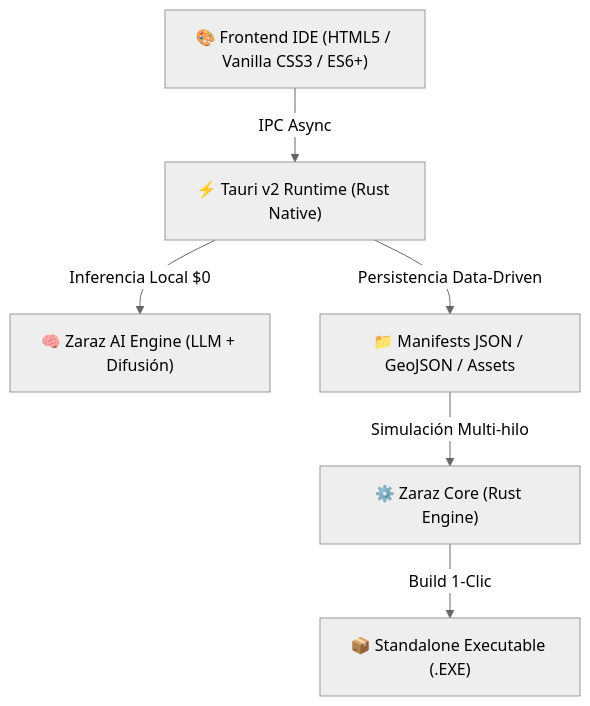
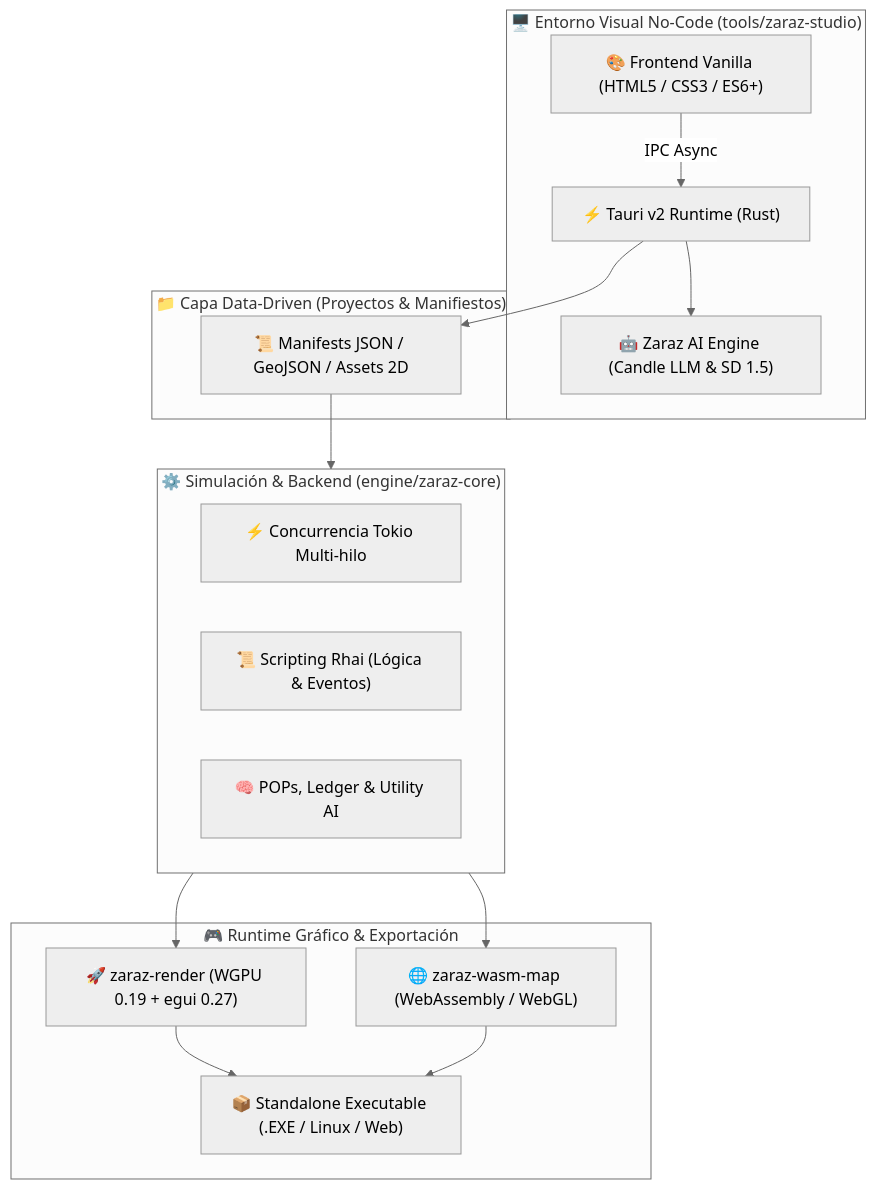
One commit to yeib/ZarazMaker changed the second of 2 diagrams in README.md. Above: the diagram before and after it, drawn with Mermaid (neutral theme). The commit also changed other lines of this file, not shown here.

Commit message:
docs: actualizar stack tecnológico completo (WGPU, egui, WebAssembly, Rhai, Tauri v2)

````diff
--- a/README.md
+++ b/README.md
@@ -66,8 +68,30 @@
 ```mermaid
 graph TD
-    A["🎨 Frontend IDE (HTML5 / Vanilla CSS3 / ES6+)"] -->|IPC Async| B["⚡ Tauri v2 Runtime (Rust Native)"]
-    B -->|Inferencia Local $0| F["🧠 Zaraz AI Engine (LLM + Difusión)"]
-    B -->|Persistencia Data-Driven| C["📁 Manifests JSON / GeoJSON / Assets"]
-    C -->|Simulación Multi-hilo| D["⚙️ Zaraz Core (Rust Engine)"]
-    D -->|Build 1-Clic| E["📦 Standalone Executable (.EXE)"]
+    subgraph IDE ["🖥️ Entorno Visual No-Code (tools/zaraz-studio)"]
+        UI["🎨 Frontend Vanilla (HTML5 / CSS3 / ES6+)"] -->|IPC Async| Tauri["⚡ Tauri v2 Runtime (Rust)"]
+        Tauri --> AI["🤖 Zaraz AI Engine (Candle LLM & SD 1.5)"]
+    end
+
+    subgraph Data ["📁 Capa Data-Driven (Proyectos & Manifiestos)"]
+        Manifests["📜 Manifests JSON / GeoJSON / Assets 2D"]
+    end
+
+    subgraph Core ["⚙️ Simulación & Backend (engine/zaraz-core)"]
+        Tokio["⚡ Concurrencia Tokio Multi-hilo"]
+        Rhai["📜 Scripting Rhai (Lógica & Eventos)"]
+        Sim["🧠 POPs, Ledger & Utility AI"]
+    end
+
+    subgraph Render ["🎮 Runtime Gráfico & Exportación"]
+        WGPU["🚀 zaraz-render (WGPU 0.19 + egui 0.27)"]
+        WASM["🌐 zaraz-wasm-map (WebAssembly / WebGL)"]
+        Standalone["📦 Standalone Executable (.EXE / Linux / Web)"]
+    end
+
+    Tauri --> Manifests
+    Manifests --> Core
+    Core --> WGPU
+    Core --> WASM
+    WGPU --> Standalone
+    WASM --> Standalone
 ```
````
